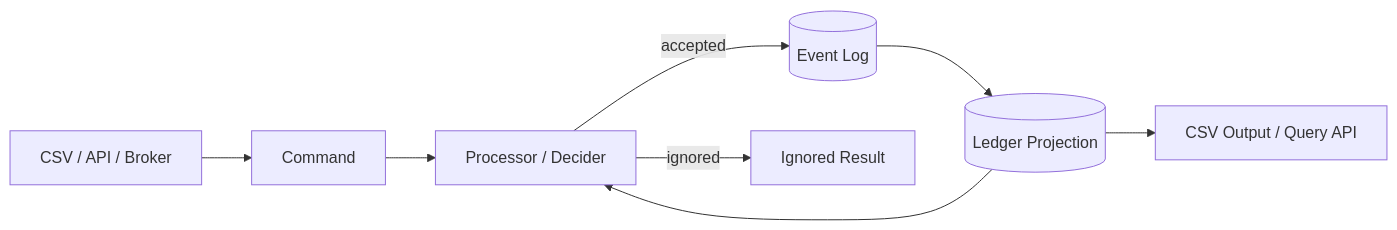
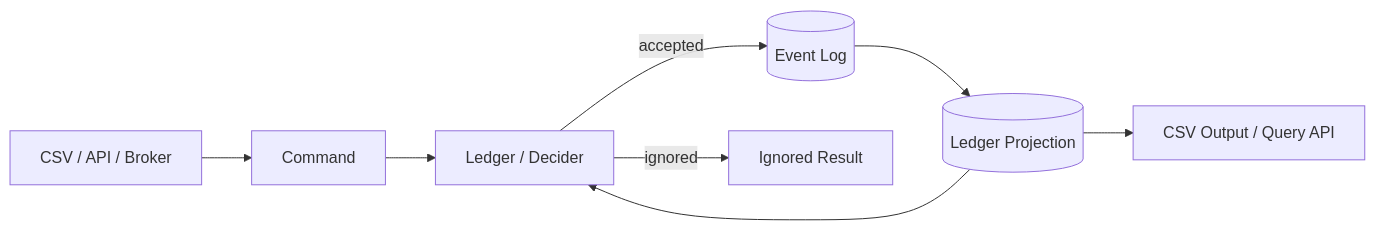
Before and after one commit to leonardorudolfocardoso/themis: the first of 3 diagrams in docs/event-sourcing-architecture.md, drawn with Mermaid. The commit also changed other lines of this file and 5 other files, not shown here.

Commit message:
refactor: rename processor facade to ledger

````diff
--- a/docs/event-sourcing-architecture.md
+++ b/docs/event-sourcing-architecture.md
@@ -16,12 +16,12 @@
 ```mermaid
 flowchart LR
     CSV[CSV / API / Broker] --> Command[Command]
-    Command --> Processor[Processor / Decider]
-    Projection[(Ledger Projection)] --> Processor
+    Command --> Ledger[Ledger / Decider]
+    Projection[(Ledger Projection)] --> Ledger
 
-    Processor -->|accepted| EventLog[(Event Log)]
-    Processor -->|ignored| Ignored[Ignored Result]
+    Ledger -->|accepted| EventLog[(Event Log)]
+    Ledger -->|ignored| Ignored[Ignored Result]
 
     EventLog --> Projection
     Projection --> Output[CSV Output / Query API]
 ```
````
